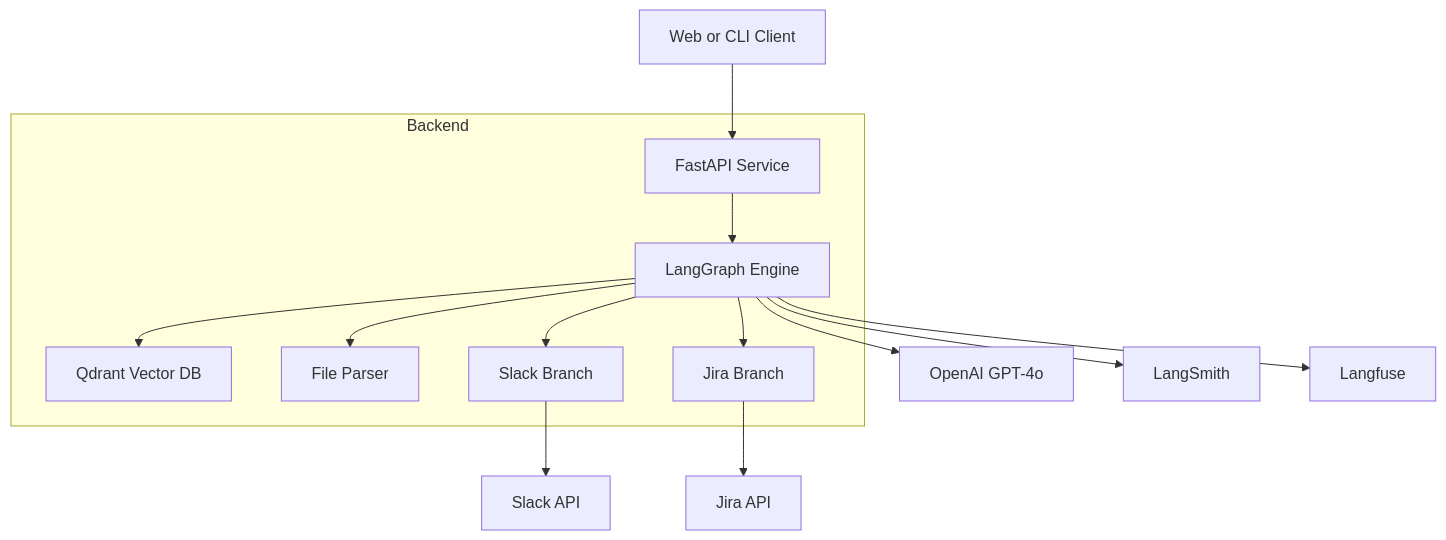
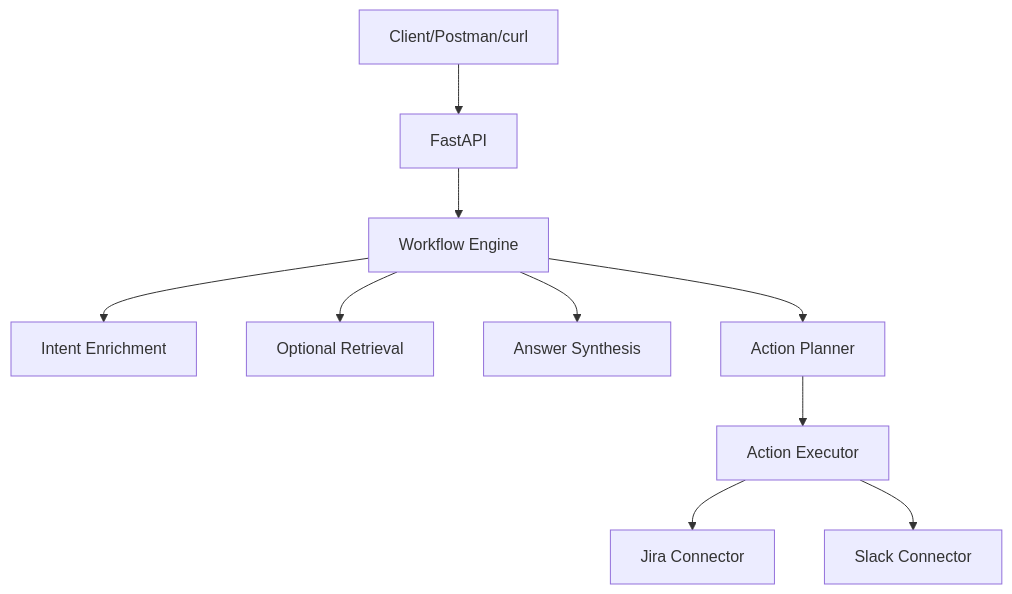
One commit to thanhit08/aiagt-aia changed the second of 6 diagrams in docs/diagram.md. Above: the diagram before and after it, drawn with Mermaid. The commit also changed other lines of this file and 18 other files, not shown here.

Commit message:
Generalize docs to full Jira/Slack action catalog orchestration

````diff
--- a/docs/diagram.md
+++ b/docs/diagram.md
@@ -28,31 +19,12 @@
 ```mermaid
 flowchart TB
-    Client[Web or CLI Client]
-
-    subgraph Backend
-      API[FastAPI Service]
-      Graph[LangGraph Engine]
-      RAG[Qdrant Vector DB]
-      Parser[File Parser]
-      SlackAgent[Slack Branch]
-      JiraAgent[Jira Branch]
-    end
-
-    OpenAI[OpenAI GPT-4o]
-    Slack[Slack API]
-    Jira[Jira API]
-    LangSmith[LangSmith]
-    Langfuse[Langfuse]
-
-    Client --> API
-    API --> Graph
-    Graph --> Parser
-    Graph --> RAG
-    Graph --> SlackAgent
-    Graph --> JiraAgent
-    Graph --> OpenAI
-    SlackAgent --> Slack
-    JiraAgent --> Jira
-    Graph --> LangSmith
-    Graph --> Langfuse
+    Client[Client/Postman/curl] --> API[FastAPI]
+    API --> Graph[Workflow Engine]
+    Graph --> Enrich[Intent Enrichment]
+    Graph --> RAG[Optional Retrieval]
+    Graph --> Synth[Answer Synthesis]
+    Graph --> Planner[Action Planner]
+    Planner --> Exec[Action Executor]
+    Exec --> Jira[Jira Connector]
+    Exec --> Slack[Slack Connector]
 ```
````
